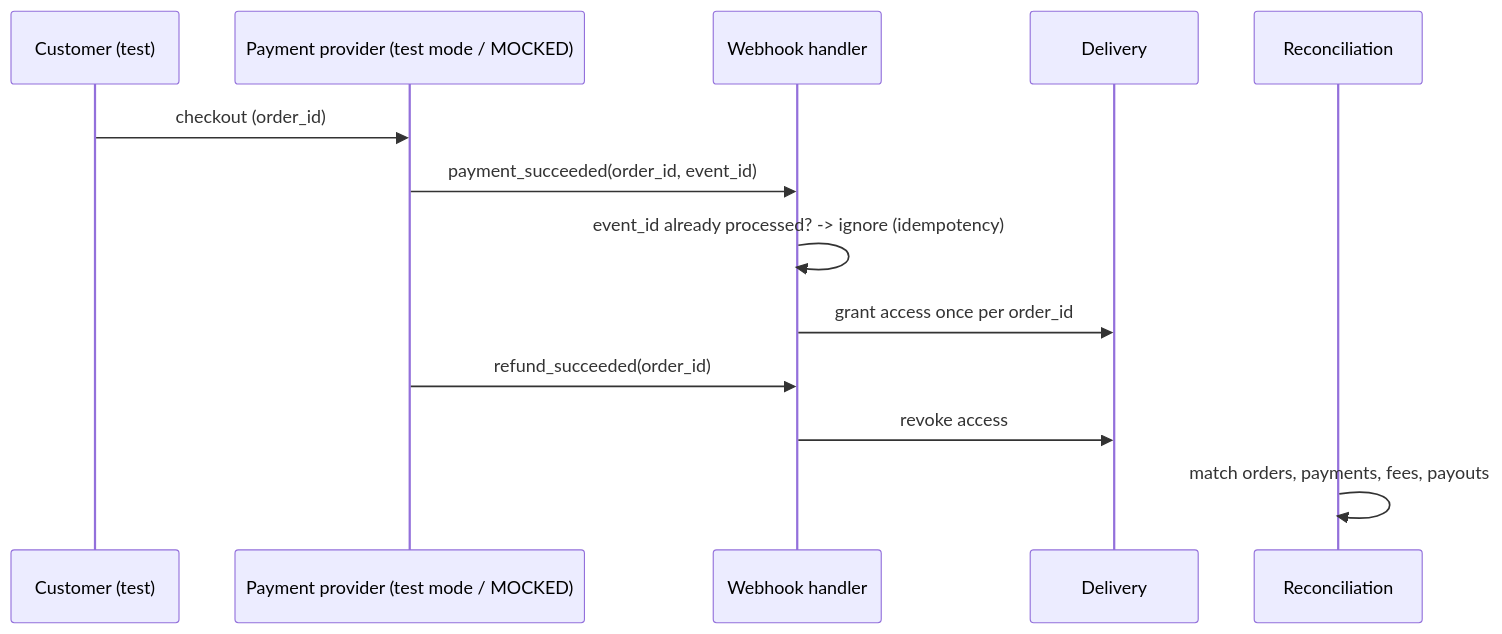
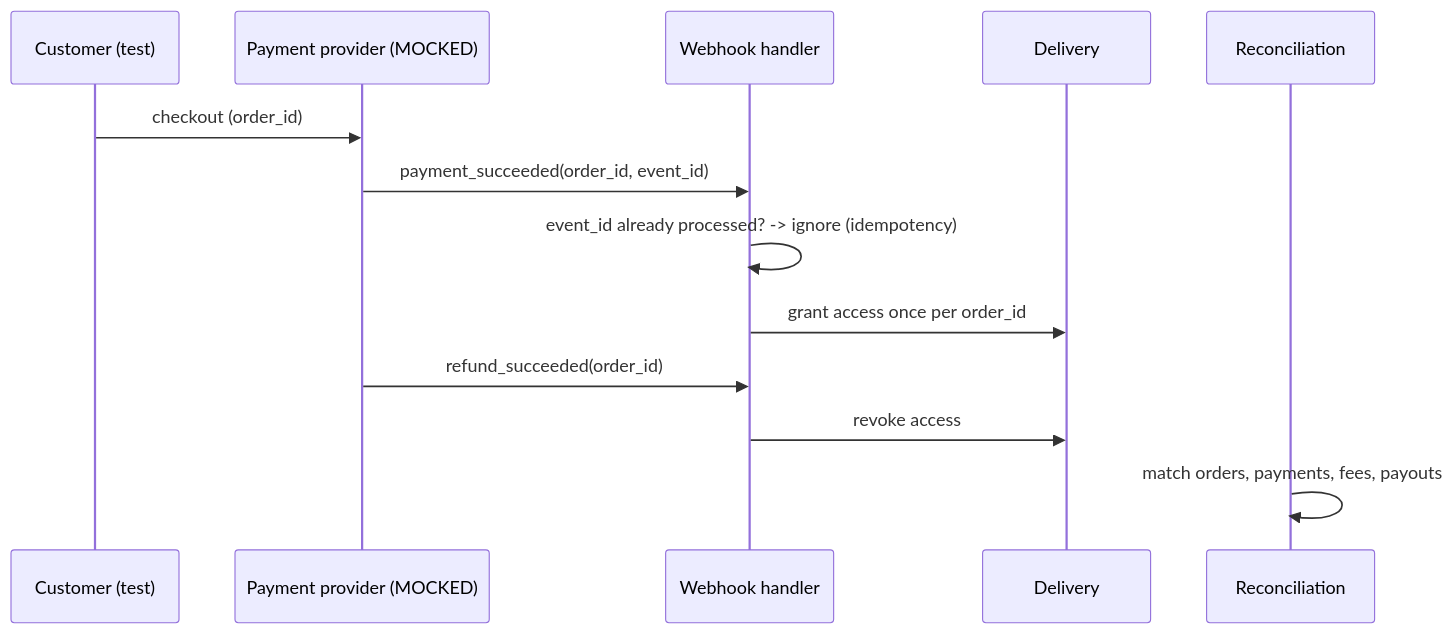
One commit to MennaZaid/avengers-dealroom changed the second of 3 diagrams in ARCHITECTURE.md. Above: the diagram before and after it, drawn with Mermaid. The commit also changed other lines of this file and 14 other files, not shown here.

````diff
--- a/ARCHITECTURE.md
+++ b/ARCHITECTURE.md
@@ -129,15 +134,15 @@
 ```mermaid
 sequenceDiagram
   participant C as Customer (test)
-  participant P as Payment provider (test mode / MOCKED)
+  participant P as Payment provider (MOCKED)
   participant W as Webhook handler
   participant D as Delivery
   participant R as Reconciliation
   C->>P: checkout (order_id)
   P->>W: payment_succeeded(order_id, event_id)
   W->>W: event_id already processed? -> ignore (idempotency)
   W->>D: grant access once per order_id
   P->>W: refund_succeeded(order_id)
   W->>D: revoke access
   R->>R: match orders, payments, fees, payouts
 ```
````
